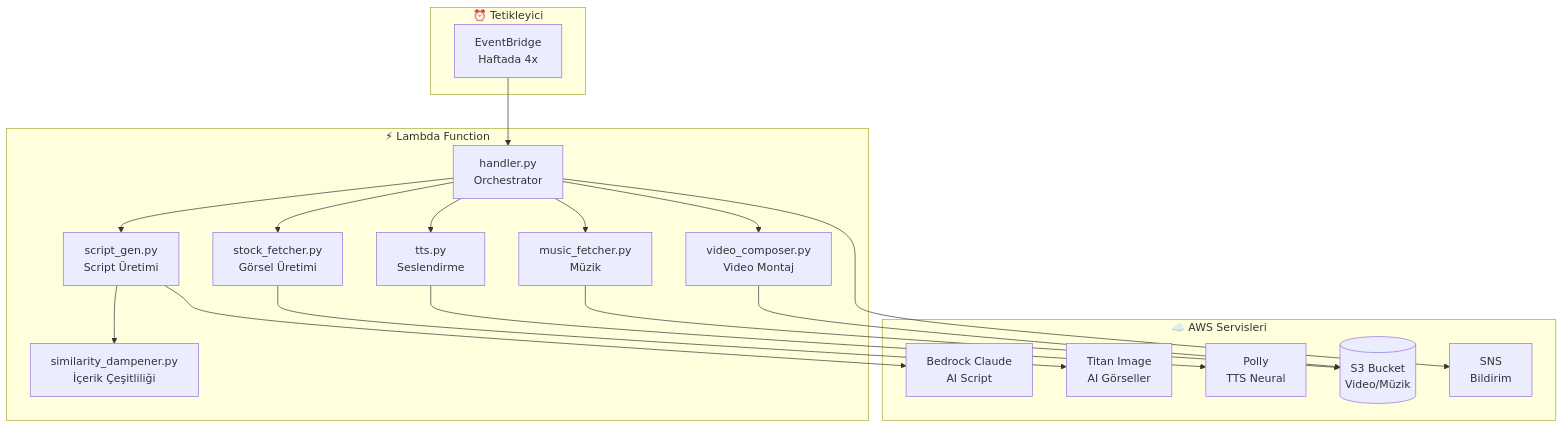
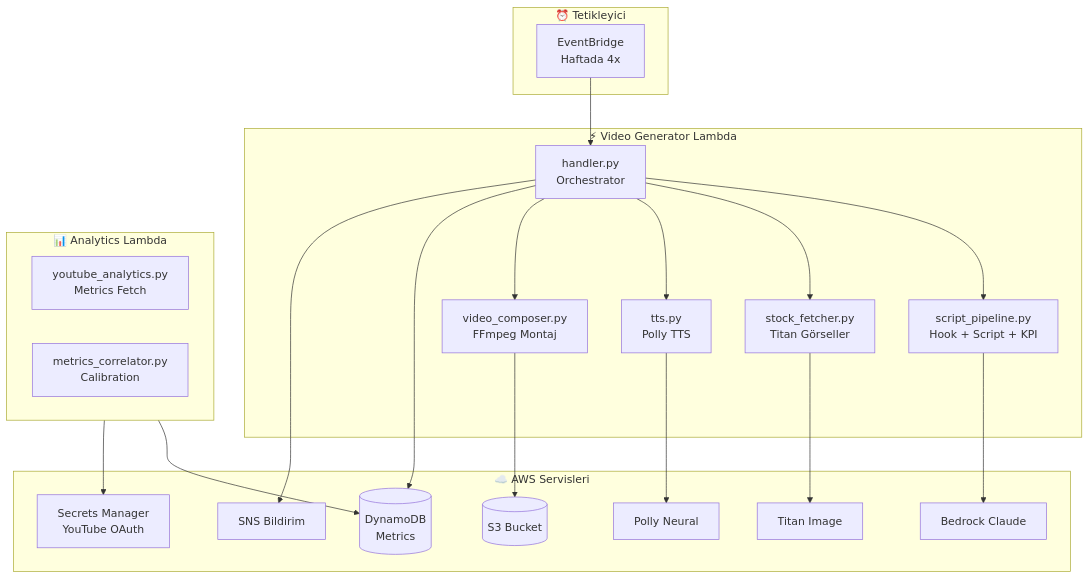
Before and after one commit to ogicimnbr01/historical: the diagram in README.md, drawn with Mermaid. The commit also changed other lines of this file and 8 other files, not shown here.

````diff
--- a/README.md
+++ b/README.md
@@ -7,39 +7,40 @@
 ```mermaid
 flowchart TB
     subgraph Trigger["⏰ Tetikleyici"]
         EB[EventBridge<br/>Haftada 4x]
     end
     
-    subgraph Lambda["⚡ Lambda Function"]
+    subgraph Lambda["⚡ Video Generator Lambda"]
         H[handler.py<br/>Orchestrator]
-        SG[script_gen.py<br/>Script Üretimi]
-        SF[stock_fetcher.py<br/>Görsel Üretimi]
-        TTS[tts.py<br/>Seslendirme]
-        MF[music_fetcher.py<br/>Müzik]
-        VC[video_composer.py<br/>Video Montaj]
-        SD[similarity_dampener.py<br/>İçerik Çeşitliliği]
+        SP[script_pipeline.py<br/>Hook + Script + KPI]
+        SF[stock_fetcher.py<br/>Titan Görseller]
+        TTS[tts.py<br/>Polly TTS]
+        VC[video_composer.py<br/>FFmpeg Montaj]
+    end
+    
+    subgraph Analytics["📊 Analytics Lambda"]
+        YA[youtube_analytics.py<br/>Metrics Fetch]
+        MC[metrics_correlator.py<br/>Calibration]
     end
     
     subgraph AWS["☁️ AWS Servisleri"]
-        BC[Bedrock Claude<br/>AI Script]
-        TI[Titan Image<br/>AI Görseller]
-        PO[Polly<br/>TTS Neural]
-        S3[(S3 Bucket<br/>Video/Müzik)]
-        SNS[SNS<br/>Bildirim]
+        BC[Bedrock Claude]
+        TI[Titan Image]
+        PO[Polly Neural]
+        S3[(S3 Bucket)]
+        DDB[(DynamoDB<br/>Metrics)]
+        SM[Secrets Manager<br/>YouTube OAuth]
+        SNS[SNS Bildirim]
     end
     
     EB --> H
-    H --> SG
-    H --> SF
-    H --> TTS
-    H --> MF
-    H --> VC
+    H --> SP --> BC
+    H --> SF --> TI
+    H --> TTS --> PO
+    H --> VC --> S3
+    H --> DDB
+    H --> SNS
     
-    SG --> BC
-    SG --> SD
-    SF --> TI
-    TTS --> PO
-    MF --> S3
-    VC --> S3
-    H --> SNS
+    Analytics --> DDB
+    Analytics --> SM
 ```
````
